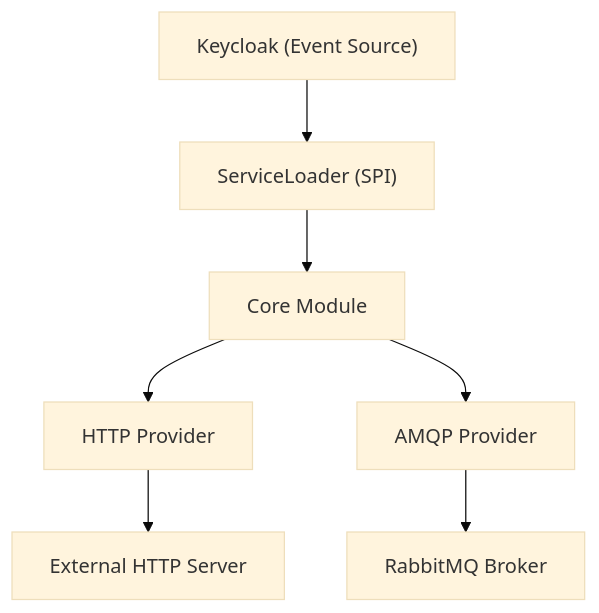
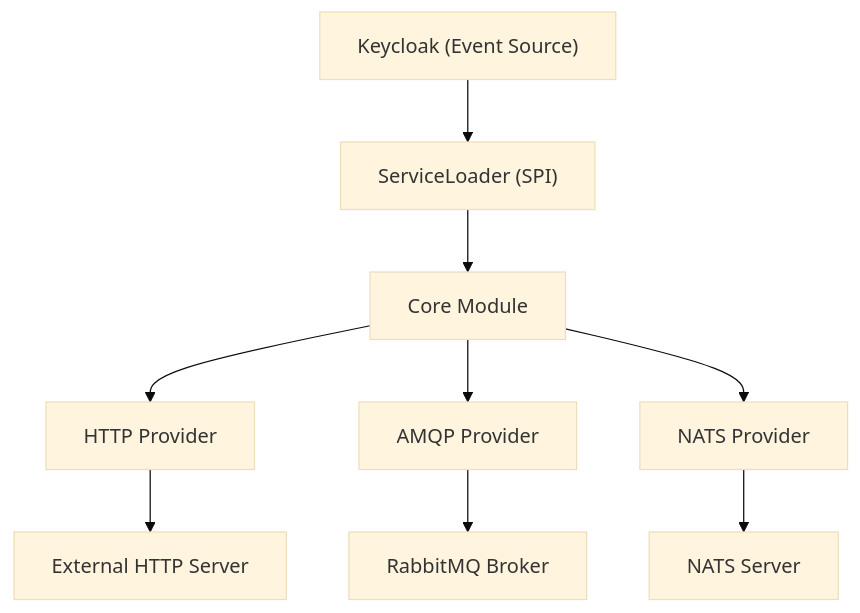
Before and after one commit to vymalo/keycloak-webhook: the diagram in README.md, drawn with Mermaid (base theme). The commit also changed other lines of this file and 7 other files, not shown here.

Commit message:
Add NATS provider module

````diff
--- a/README.md
+++ b/README.md
@@ -212,16 +257,20 @@
 ```mermaid
 graph TD
     A["Keycloak (Event Source)"]
     B["ServiceLoader (SPI)"]
     C[Core Module]
     D[HTTP Provider]
     E[AMQP Provider]
-    F[External HTTP Server]
-    G[RabbitMQ Broker]
+    F[NATS Provider]
+    G[External HTTP Server]
+    H[RabbitMQ Broker]
+    I[NATS Server]
     A --> B
     B --> C
     C --> D
     C --> E
-    D --> F
-    E --> G
+    C --> F
+    D --> G
+    E --> H
+    F --> I
 ```
````
